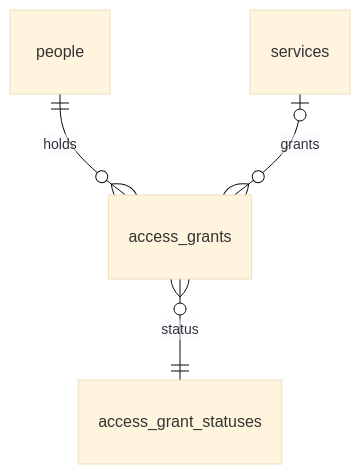
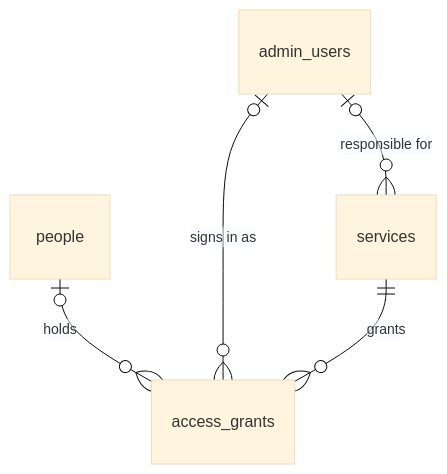
One commit to Global-experiment/Global-experiment changed the sixth of 6 diagrams in docs/architecture/data-model.md. Above: the diagram before and after it, drawn with Mermaid (base theme). The commit also changed other lines of this file and 121 other files, not shown here.

First line of the commit message:
feat(admin): Accounts, roles and permissions, Services, Permissions, Profile settings

````diff
--- a/docs/architecture/data-model.md
+++ b/docs/architecture/data-model.md
@@ -827,6 +843,7 @@
 ```mermaid
 erDiagram
-  people ||--o{ access_grants : holds
-  services |o--o{ access_grants : grants
-  access_grants }o--|| access_grant_statuses : status
+  people |o--o{ access_grants : holds
+  admin_users |o--o{ access_grants : "signs in as"
+  services ||--o{ access_grants : grants
+  admin_users |o--o{ services : "responsible for"
 ```
````
